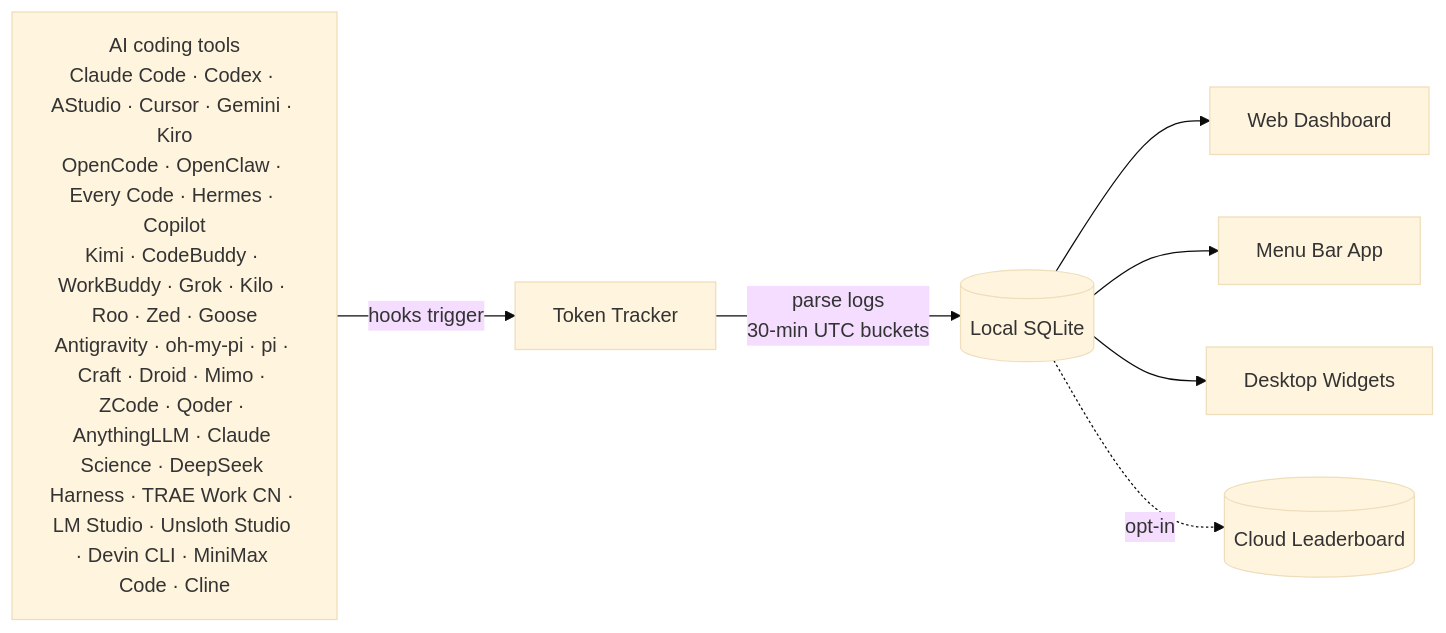
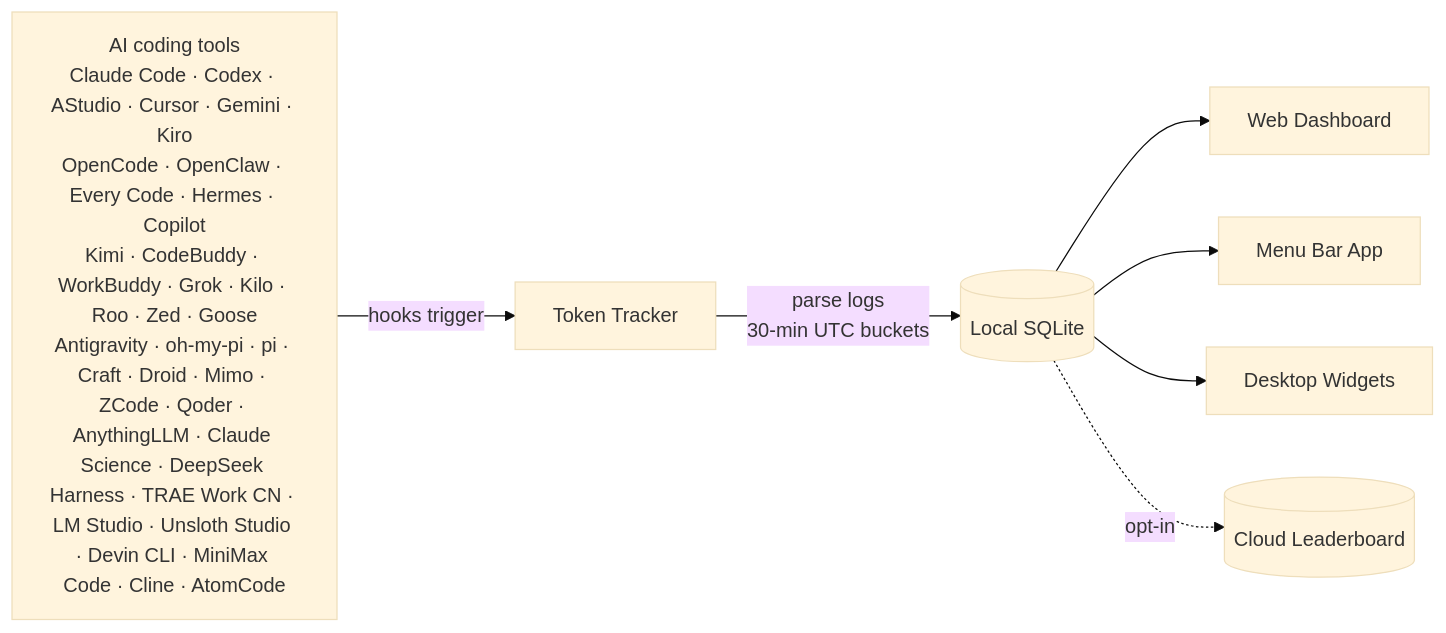
The diagram in README.ja.md (xiufengsun/TokenTracker), drawn with Mermaid (base theme) before and after one commit. The commit also changed other lines of this file and 12 other files, not shown here.

First line of the commit message:
feat: add AtomCode (AtomGit model-agent) as a passive datalog source

````diff
--- a/README.ja.md
+++ b/README.ja.md
@@ -244,10 +245,10 @@
 ```mermaid
 flowchart LR
-    A["AI coding tools<br/>Claude Code · Codex · AStudio · Cursor · Gemini · Kiro<br/>OpenCode · OpenClaw · Every Code · Hermes · Copilot<br/>Kimi · CodeBuddy · WorkBuddy · Grok · Kilo · Roo · Zed · Goose<br/>Antigravity · oh-my-pi · pi · Craft · Droid · Mimo · ZCode · Qoder · AnythingLLM · Claude Science · DeepSeek Harness · TRAE Work CN · LM Studio · Unsloth Studio · Devin CLI · MiniMax Code · Cline"]
+    A["AI coding tools<br/>Claude Code · Codex · AStudio · Cursor · Gemini · Kiro<br/>OpenCode · OpenClaw · Every Code · Hermes · Copilot<br/>Kimi · CodeBuddy · WorkBuddy · Grok · Kilo · Roo · Zed · Goose<br/>Antigravity · oh-my-pi · pi · Craft · Droid · Mimo · ZCode · Qoder · AnythingLLM · Claude Science · DeepSeek Harness · TRAE Work CN · LM Studio · Unsloth Studio · Devin CLI · MiniMax Code · Cline · AtomCode"]
     A -->|hooks trigger| B[Token Tracker]
     B -->|parse logs<br/>30-min UTC buckets| C[(Local SQLite)]
     C --> D[Web Dashboard]
     C --> E[Menu Bar App]
     C --> F[Desktop Widgets]
     C -.->|opt-in| G[(Cloud Leaderboard)]
 ```
````
